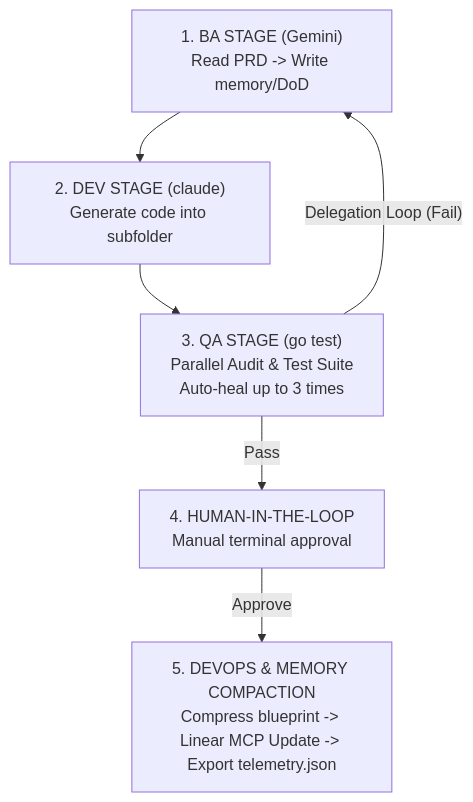
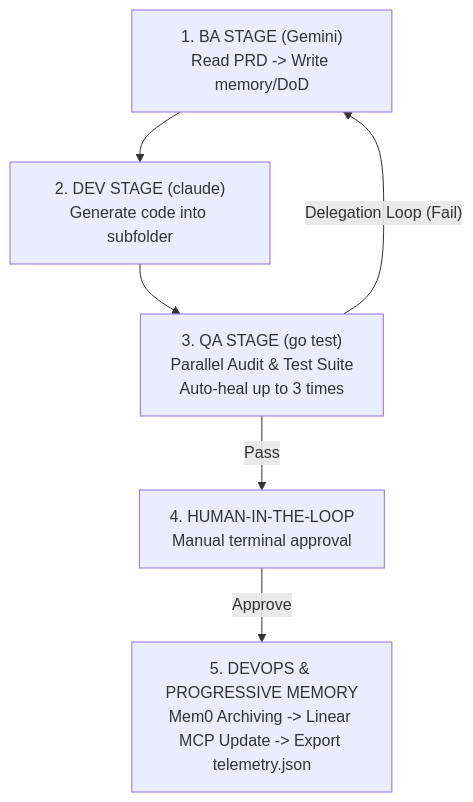
One commit to dothanhlam/harness-engineering changed the diagram in README.md. Above: the diagram before and after it, drawn with Mermaid. The commit also changed other lines of this file and 41 other files, not shown here.

````diff
--- a/README.md
+++ b/README.md
@@ -11,14 +11,14 @@
 ```mermaid
 flowchart TD
     BA["1. BA STAGE (Gemini)<br>Read PRD -> Write memory/DoD"]
     DEV["2. DEV STAGE (claude)<br>Generate code into subfolder"]
     QA["3. QA STAGE (go test)<br>Parallel Audit & Test Suite<br>Auto-heal up to 3 times"]
     HITL["4. HUMAN-IN-THE-LOOP<br>Manual terminal approval"]
-    DEVOPS["5. DEVOPS & MEMORY COMPACTION<br>Compress blueprint -> Linear MCP Update -> Export telemetry.json"]
+    DEVOPS["5. DEVOPS & PROGRESSIVE MEMORY<br>Mem0 Archiving -> Linear MCP Update -> Export telemetry.json"]
 
     BA --> DEV
     DEV --> QA
     QA -- "Delegation Loop (Fail)" --> BA
     QA -- "Pass" --> HITL
     HITL -- "Approve" --> DEVOPS
 ```
````
